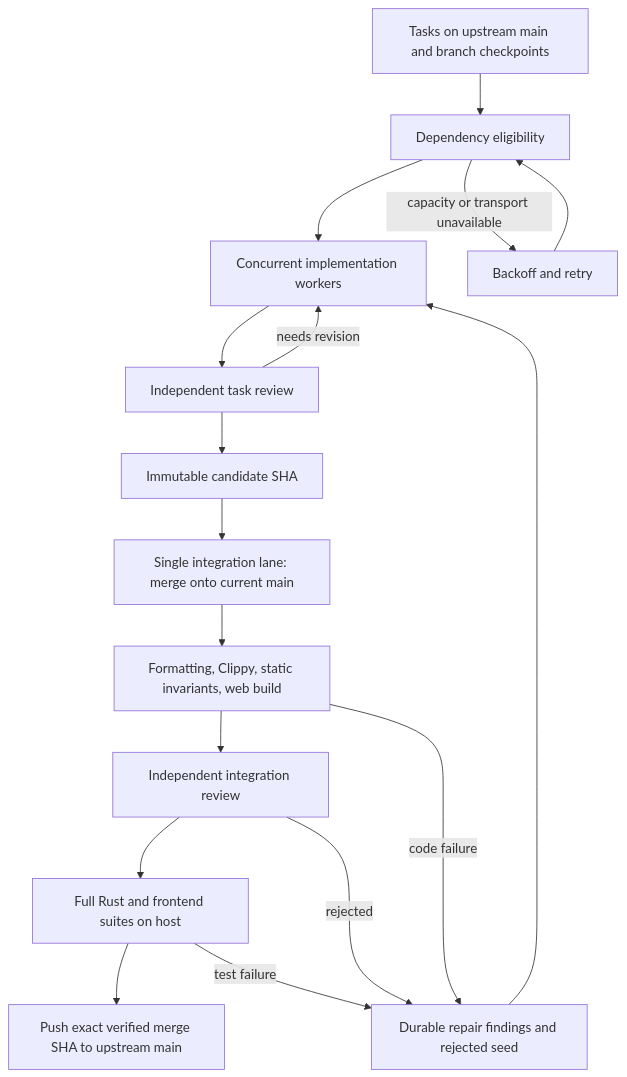
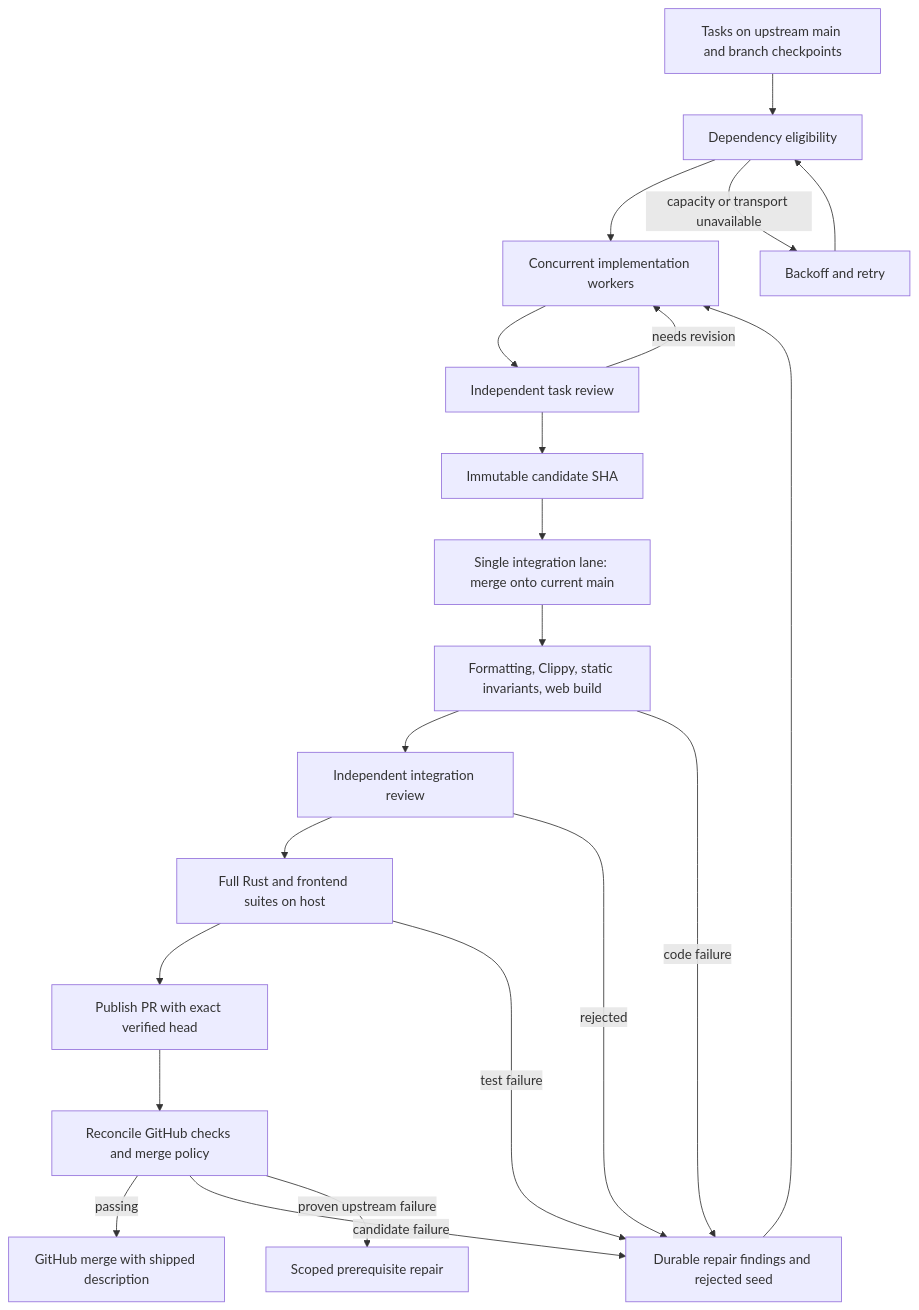
Before and after one commit to jsell-rh/gyre: the diagram in docs/dev-loop-audit.md, drawn with Mermaid. The commit also changed other lines of this file and 6 other files, not shown here.

Commit message:
fix(dev-loop): reconcile GitHub checks before merging task PRs

````diff
--- a/docs/dev-loop-audit.md
+++ b/docs/dev-loop-audit.md
@@ -30,19 +30,23 @@
 ```mermaid
 flowchart TD
   S[Tasks on upstream main and branch checkpoints] --> D[Dependency eligibility]
   D --> W[Concurrent implementation workers]
   W --> R[Independent task review]
   R -->|needs revision| W
   R --> C[Immutable candidate SHA]
   C --> I[Single integration lane: merge onto current main]
   I --> G[Formatting, Clippy, static invariants, web build]
   G --> A[Independent integration review]
   A --> H[Full Rust and frontend suites on host]
-  H --> P[Push exact verified merge SHA to upstream main]
+  H --> P[Publish PR with exact verified head]
+  P --> CI[Reconcile GitHub checks and merge policy]
+  CI -->|passing| M[GitHub merge with shipped description]
+  CI -->|candidate failure| F
+  CI -->|proven upstream failure| BR[Scoped prerequisite repair]
   G -->|code failure| F[Durable repair findings and rejected seed]
   A -->|rejected| F
   H -->|test failure| F
   F --> W
   D -->|capacity or transport unavailable| B[Backoff and retry]
   B --> D
 ```
````
